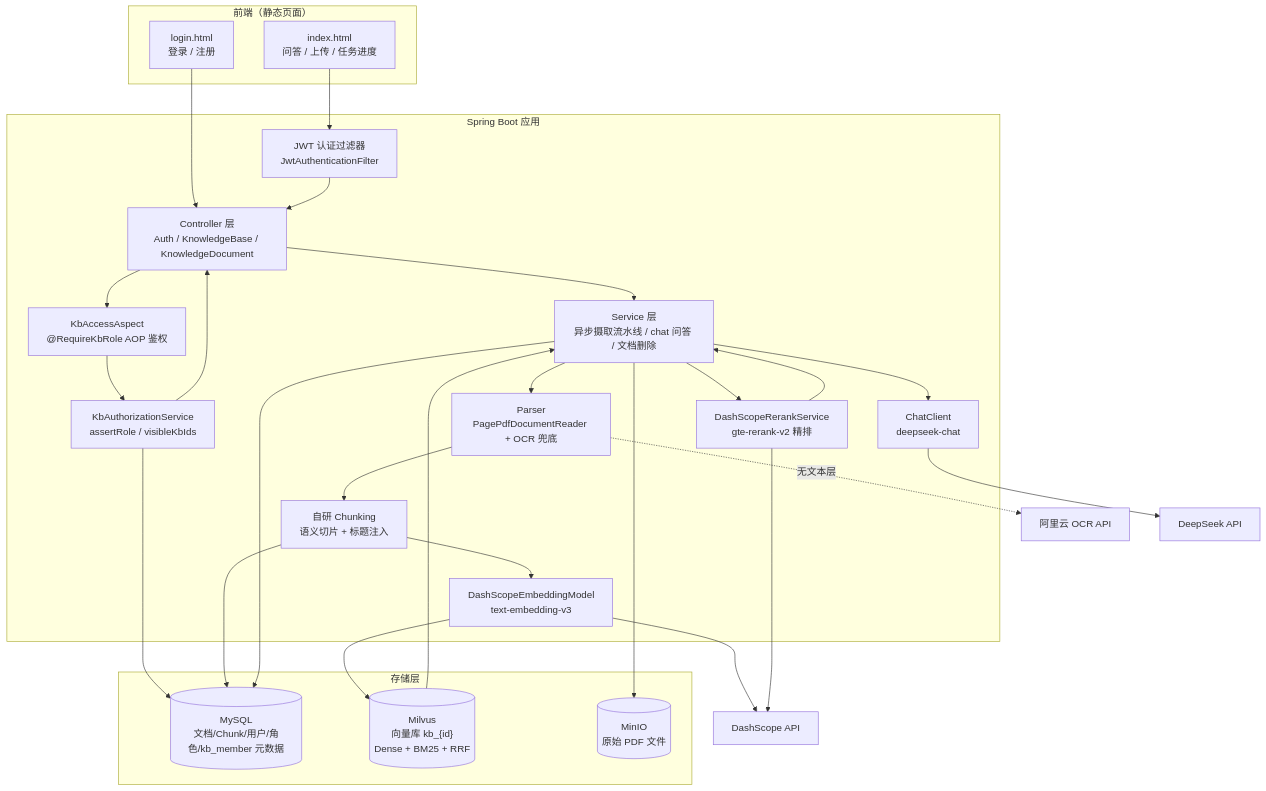
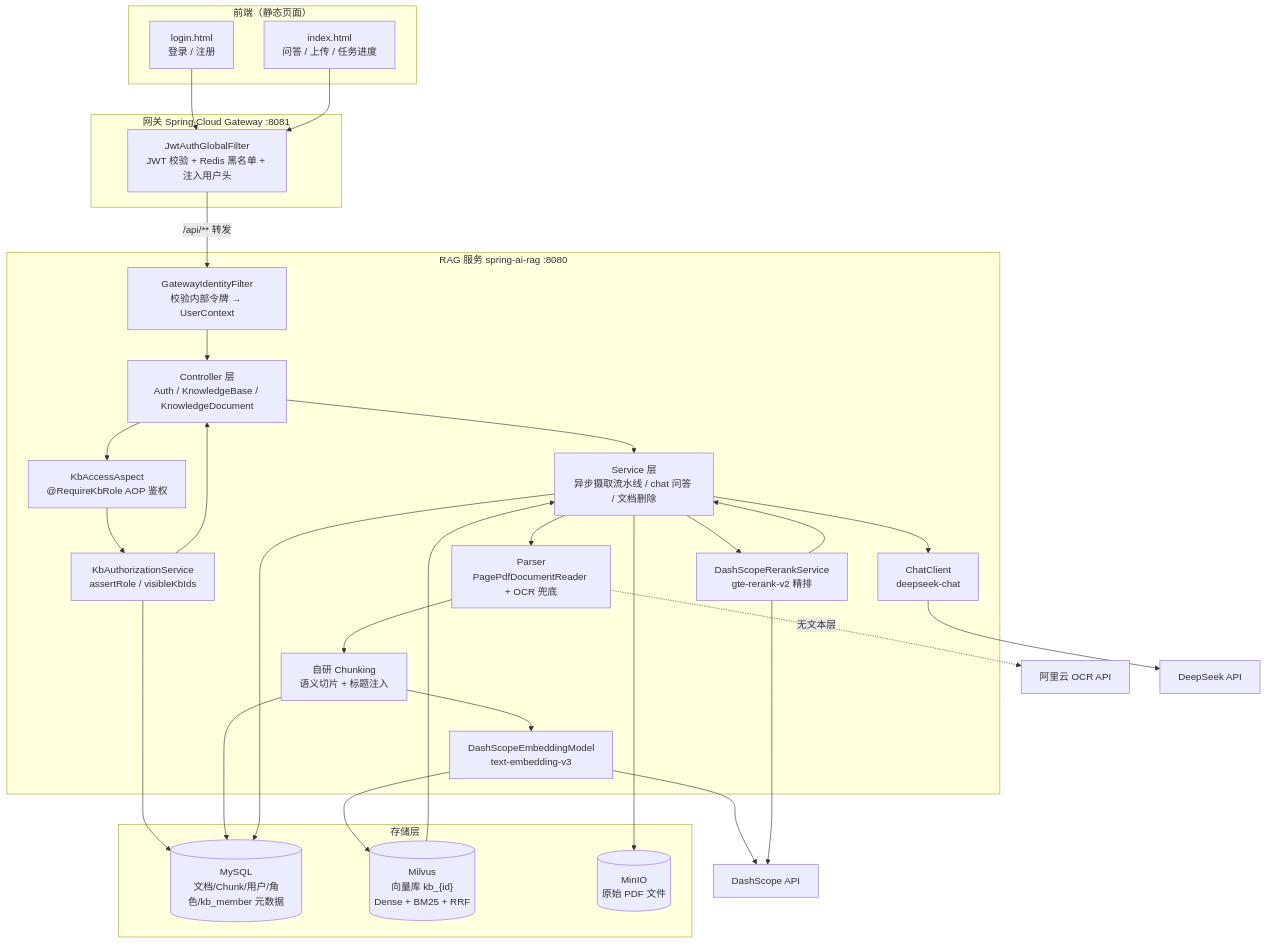
One commit to wjklovemmy/spring-ai-rag-demo changed the diagram in README.md. Above: the diagram before and after it, drawn with Mermaid. The commit also changed other lines of this file and 11 other files, not shown here.

````diff
--- a/README.md
+++ b/README.md
@@ -48,47 +49,53 @@
 ```mermaid
 graph TB
     subgraph Frontend["前端（静态页面）"]
         LOGIN["login.html<br/>登录 / 注册"]
         INDEX["index.html<br/>问答 / 上传 / 任务进度"]
     end
 
-    subgraph Backend["Spring Boot 应用"]
+    subgraph Gateway["网关 Spring Cloud Gateway :8081"]
+        GWAUTH["JwtAuthGlobalFilter<br/>JWT 校验 + Redis 黑名单 + 注入用户头"]
+    end
+
+    subgraph Backend["RAG 服务 spring-ai-rag :8080"]
         CTRL["Controller 层<br/>Auth / KnowledgeBase / KnowledgeDocument"]
-        AUTH["JWT 认证过滤器<br/>JwtAuthenticationFilter"]
+        GATE_ID["GatewayIdentityFilter<br/>校验内部令牌 → UserContext"]
         ASPECT["KbAccessAspect<br/>@RequireKbRole AOP 鉴权"]
         AUTHZ["KbAuthorizationService<br/>assertRole / visibleKbIds"]
         SVC["Service 层<br/>异步摄取流水线 / chat 问答 / 文档删除"]
         PARSER["Parser<br/>PagePdfDocumentReader + OCR 兜底"]
         SPLIT["自研 Chunking<br/>语义切片 + 标题注入"]
         EMBED["DashScopeEmbeddingModel<br/>text-embedding-v3"]
         RERANK["DashScopeRerankService<br/>gte-rerank-v2 精排"]
         CHAT["ChatClient<br/>deepseek-chat"]
     end
 
     subgraph Storage["存储层"]
         MYSQL[("MySQL<br/>文档/Chunk/用户/角色/kb_member 元数据")]
         MILVUS[("Milvus<br/>向量库 kb_{id}<br/>Dense + BM25 + RRF")]
         MINIO[("MinIO<br/>原始 PDF 文件")]
     end
 
     OCRSVC["阿里云 OCR API"]
     AI["DeepSeek API"]
     DS["DashScope API"]
 
-    LOGIN --> CTRL
-    INDEX --> AUTH --> CTRL
+    LOGIN --> GWAUTH
+    INDEX --> GWAUTH
+    GWAUTH -->|/api/** 转发| GATE_ID
+    GATE_ID --> CTRL
     CTRL --> ASPECT --> AUTHZ --> MYSQL
     AUTHZ --> CTRL
     CTRL --> SVC
     SVC --> PARSER --> SPLIT
     PARSER -.无文本层.-> OCRSVC
     SPLIT --> MYSQL
     SPLIT --> EMBED --> DS
     EMBED --> MILVUS
     SVC --> CHAT --> AI
     MILVUS --> SVC
     SVC --> RERANK --> DS
     RERANK --> SVC
     SVC --> MINIO
     SVC --> MYSQL
 ```
````
